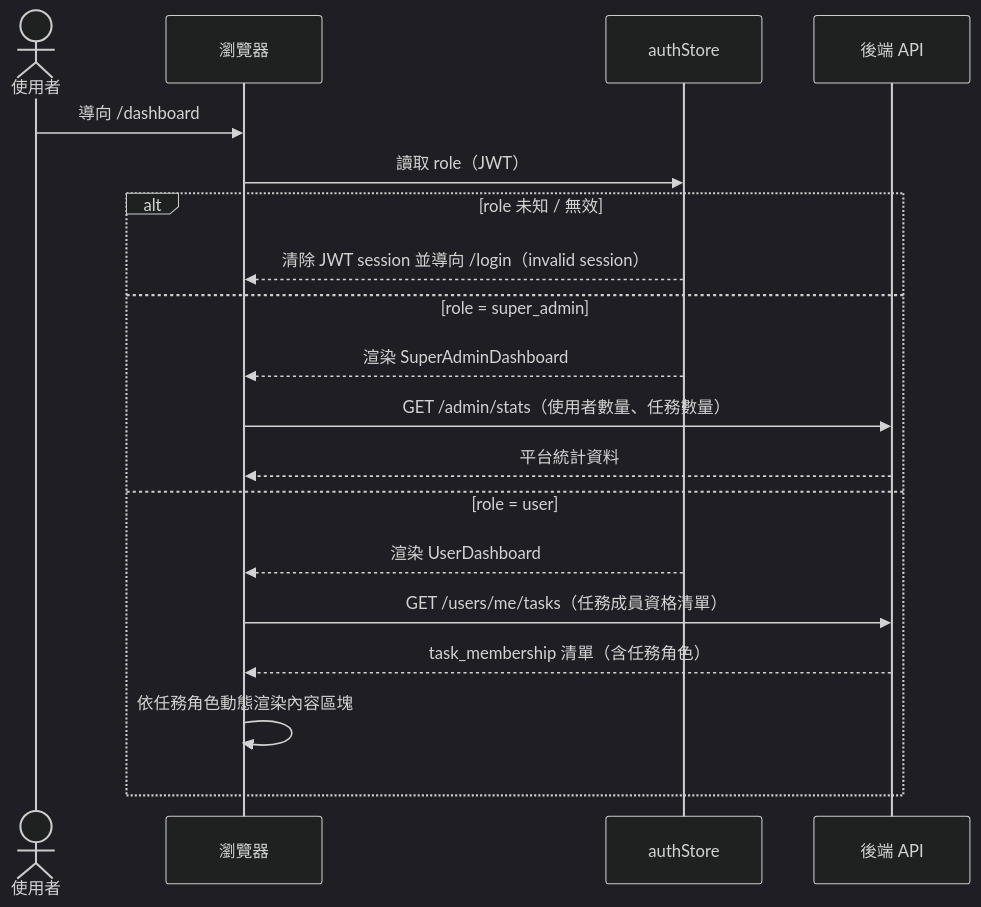
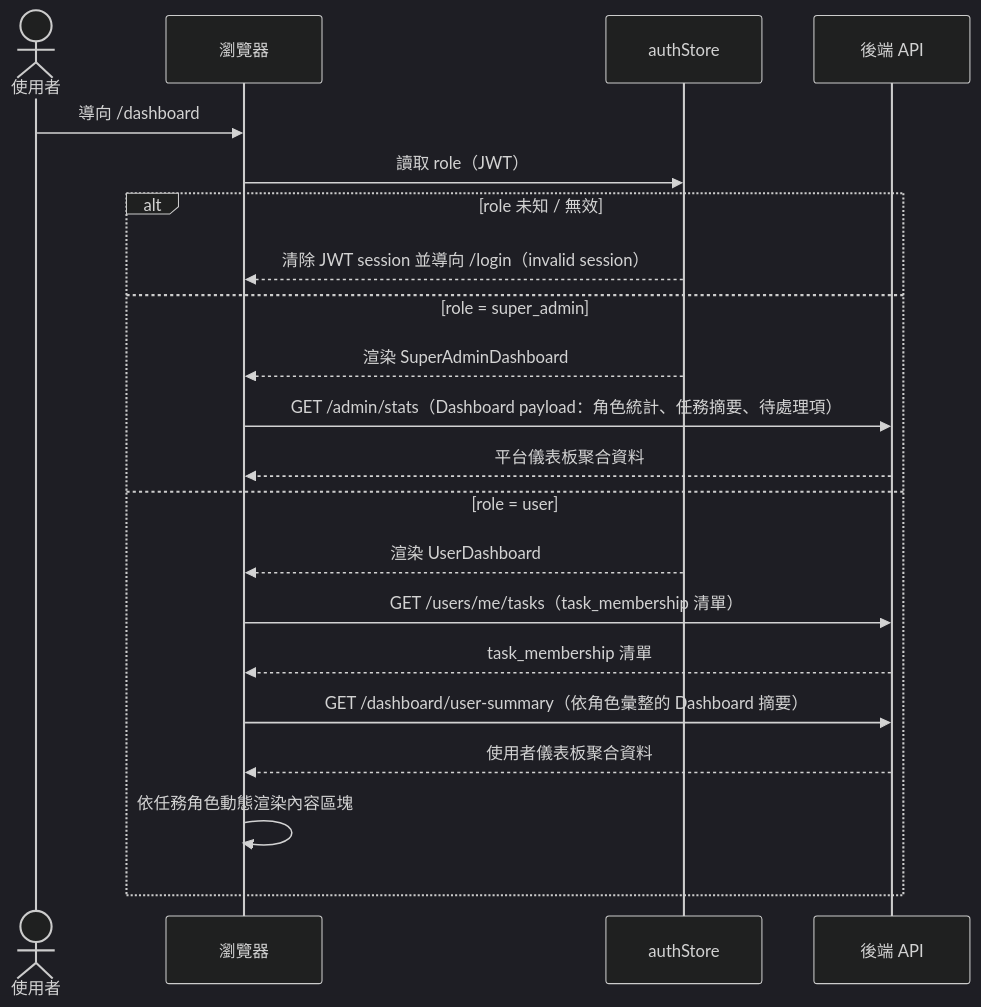
The first of 7 diagrams in specs/dashboard/012-dashboard/spec.md (singyichen/label-suite), drawn with Mermaid (dark theme) before and after one commit. The commit also changed other lines of this file and 8 other files, not shown here.

````diff
--- a/specs/dashboard/012-dashboard/spec.md
+++ b/specs/dashboard/012-dashboard/spec.md
@@ -12,23 +12,25 @@
 ```mermaid
 sequenceDiagram
     actor 使用者
     participant 瀏覽器
     participant authStore
     participant 後端API as 後端 API
 
     使用者->>瀏覽器: 導向 /dashboard
     瀏覽器->>authStore: 讀取 role（JWT）
 
     alt role 未知 / 無效
         authStore-->>瀏覽器: 清除 JWT session 並導向 /login（invalid session）
     else role = super_admin
         authStore-->>瀏覽器: 渲染 SuperAdminDashboard
-        瀏覽器->>後端API: GET /admin/stats（使用者數量、任務數量）
-        後端API-->>瀏覽器: 平台統計資料
+        瀏覽器->>後端API: GET /admin/stats（Dashboard payload：角色統計、任務摘要、待處理項）
+        後端API-->>瀏覽器: 平台儀表板聚合資料
     else role = user
         authStore-->>瀏覽器: 渲染 UserDashboard
-        瀏覽器->>後端API: GET /users/me/tasks（任務成員資格清單）
-        後端API-->>瀏覽器: task_membership 清單（含任務角色）
+        瀏覽器->>後端API: GET /users/me/tasks（task_membership 清單）
+        後端API-->>瀏覽器: task_membership 清單
+        瀏覽器->>後端API: GET /dashboard/user-summary（依角色彙整的 Dashboard 摘要）
+        後端API-->>瀏覽器: 使用者儀表板聚合資料
         瀏覽器->>瀏覽器: 依任務角色動態渲染內容區塊
     end
 ```
````
